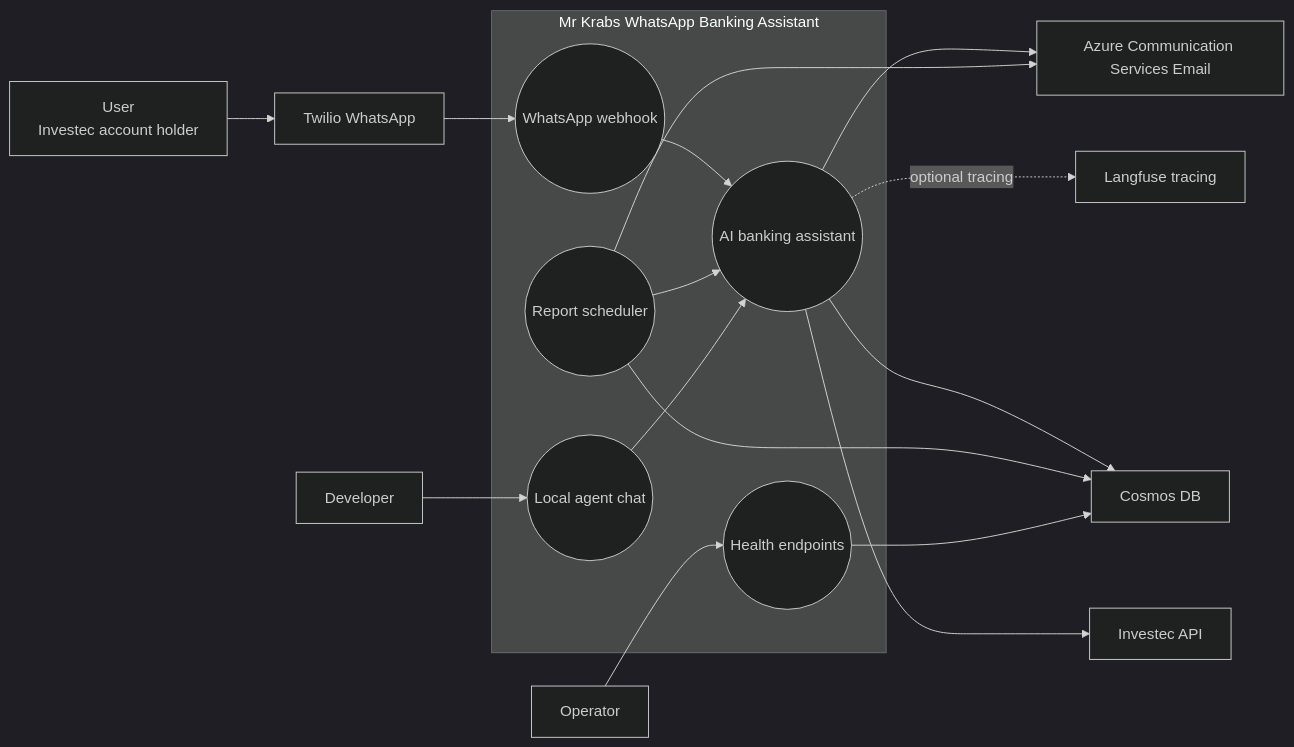
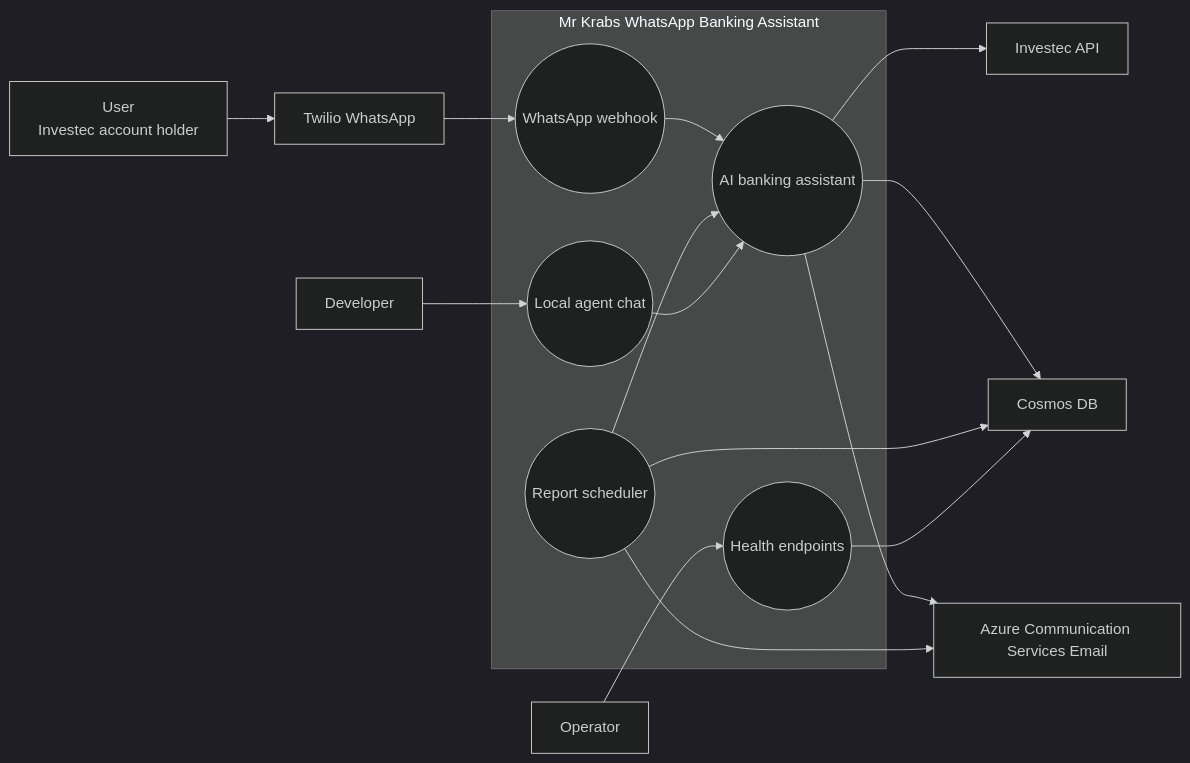
Before and after one commit to tjabane/tjabane.agent.julius: the first of 6 diagrams in docs/use-case-diagrams.md, drawn with Mermaid (dark theme). The commit also changed other lines of this file and 16 other files, not shown here.

````diff
--- a/docs/use-case-diagrams.md
+++ b/docs/use-case-diagrams.md
@@ -9,37 +9,35 @@
 ```mermaid
 flowchart LR
     user[User<br/>Investec account holder]
     operator[Operator]
     developer[Developer]
 
     subgraph system[Mr Krabs WhatsApp Banking Assistant]
         webhook((WhatsApp webhook))
         agent((AI banking assistant))
         scheduler((Report scheduler))
         health((Health endpoints))
         cli((Local agent chat))
     end
 
     twilio[Twilio WhatsApp]
     investec[Investec API]
     cosmos[Cosmos DB]
     email[Azure Communication Services Email]
-    langfuse[Langfuse tracing]
 
     user --> twilio
     twilio --> webhook
     webhook --> agent
     agent --> investec
     agent --> cosmos
     agent --> email
-    agent -. optional tracing .-> langfuse
 
     scheduler --> agent
     scheduler --> cosmos
     scheduler --> email
 
     operator --> health
     health --> cosmos
     developer --> cli
     cli --> agent
 ```
````
